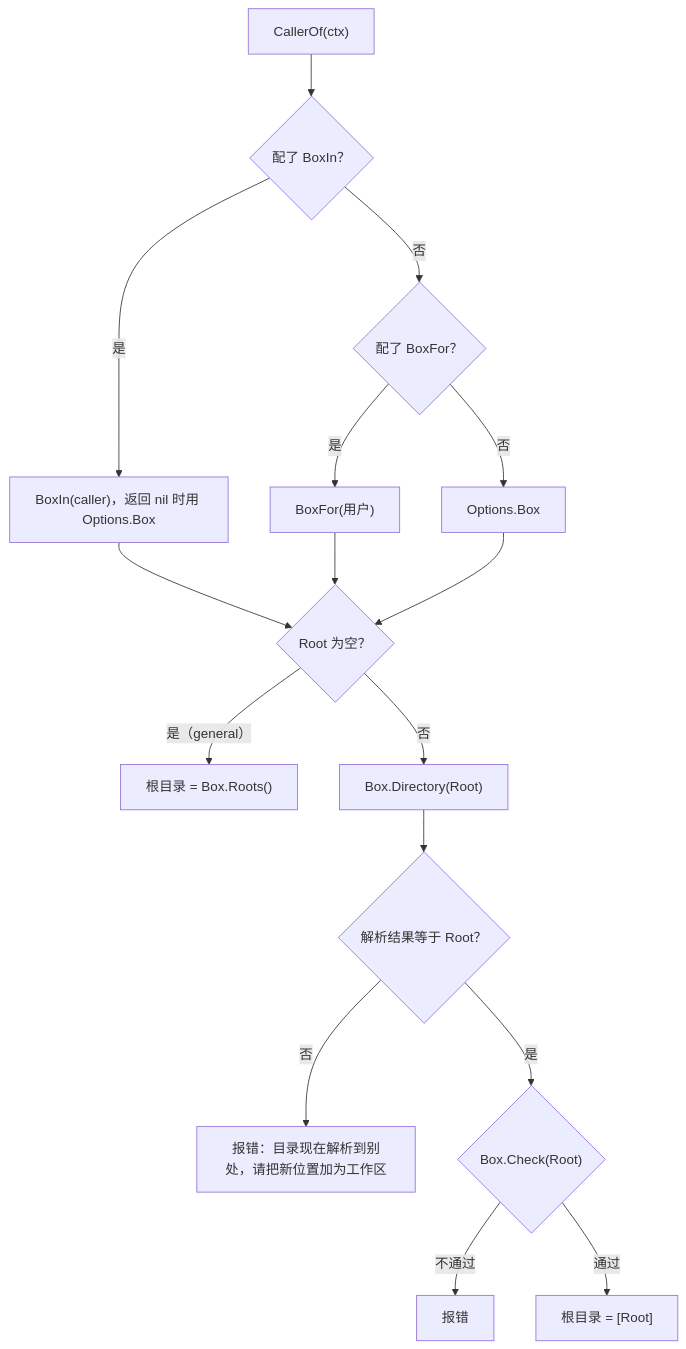
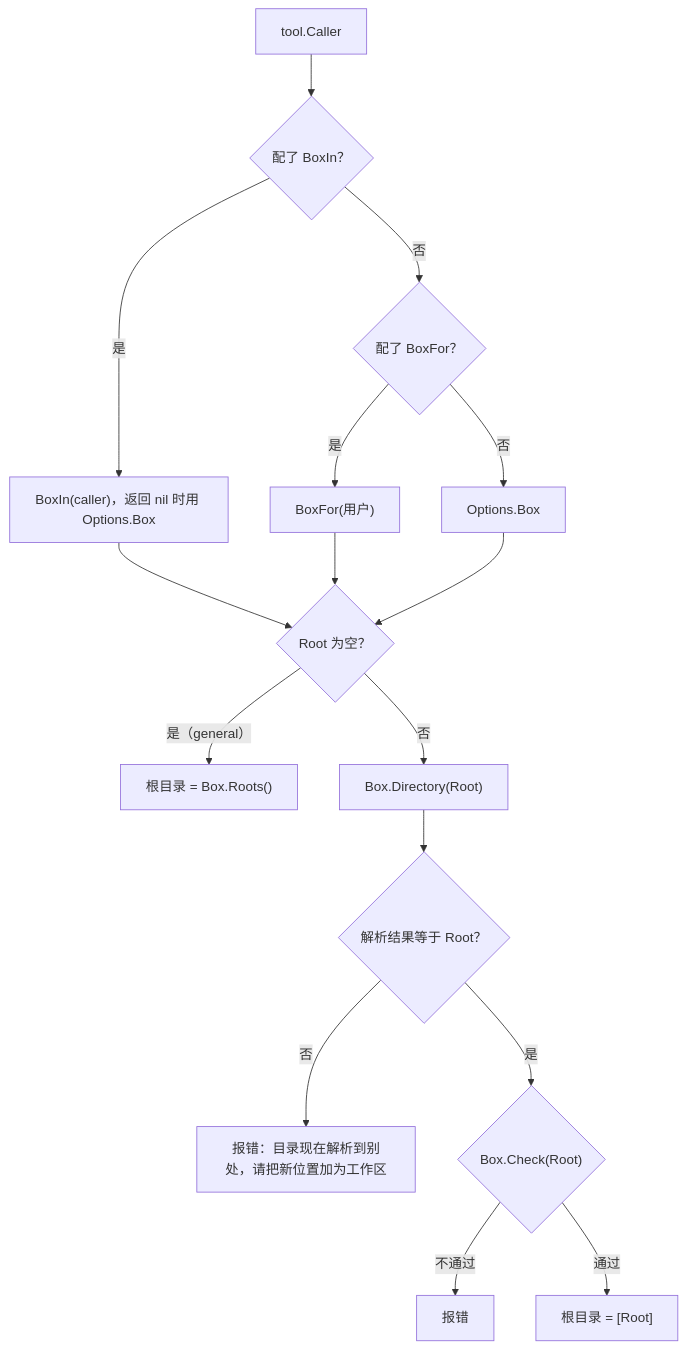
The diagram in docs/zh/engine/workspace.md (0xfakeSpike/ollupi-docs), drawn with Mermaid before and after one commit. The commit also changed other lines of this file and 86 other files, not shown here.

````diff
--- a/docs/zh/engine/workspace.md
+++ b/docs/zh/engine/workspace.md
@@ -60,18 +63,18 @@
 ```mermaid
 flowchart TD
-  A["CallerOf(ctx)"] --> Q{"配了 BoxIn？"}
+  A["tool.Caller"] --> Q{"配了 BoxIn？"}
   Q -- "是" --> R["BoxIn(caller)，返回 nil 时用 Options.Box"]
   Q -- "否" --> B{"配了 BoxFor？"}
   B -- "是" --> C["BoxFor(用户)"]
   B -- "否" --> D["Options.Box"]
   R --> E{"Root 为空？"}
   C --> E
   D --> E
   E -- "是（general）" --> F["根目录 = Box.Roots()"]
   E -- "否" --> G["Box.Directory(Root)"]
   G --> H{"解析结果等于 Root？"}
   H -- "否" --> X["报错：目录现在解析到别处，请把新位置加为工作区"]
   H -- "是" --> I{"Box.Check(Root)"}
   I -- "不通过" --> Y["报错"]
   I -- "通过" --> J["根目录 = [Root]"]
 ```
````
